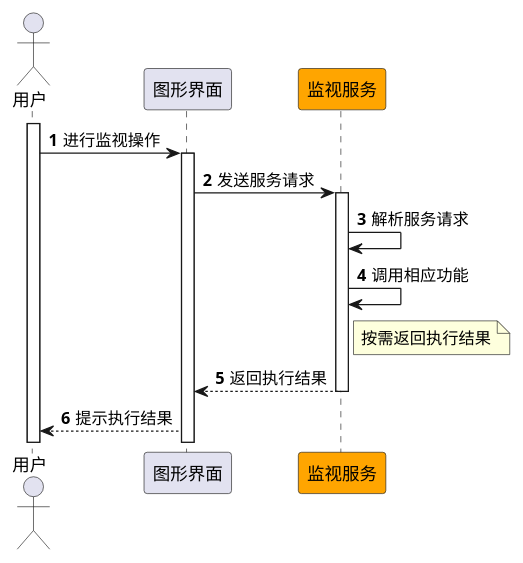
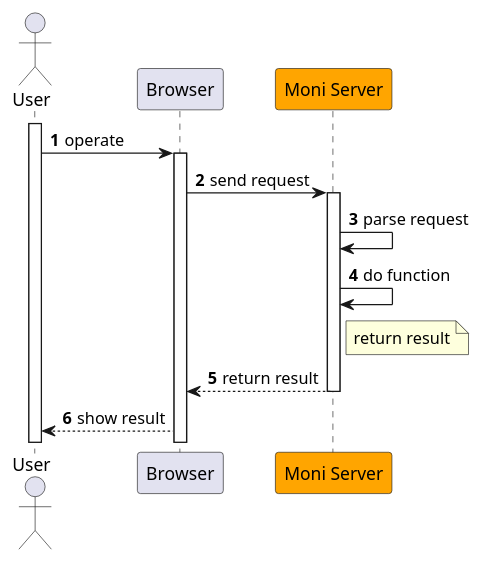
Before and after one commit to snake9906/writeside_doc: the diagram in Writerside/topics/moni-server.md, drawn with PlantUML. The commit also changed 1 other file, not shown here.

Commit message:
test again

````diff
--- a/Writerside/topics/moni-server.md
+++ b/Writerside/topics/moni-server.md
@@ -13,50 +13,50 @@
 ```plantuml
 
 @startuml
 
 
 autonumber
 
 
-actor "用户" as User
+actor "User" as User
 
-participant "图形界面" as Browser
+participant "Browser" as Browser
 
-participant "监视服务" as Server #orange
+participant "Moni Server" as Server #orange
 
 
 activate User
 
 
-User -> Browser: 进行监视操作
+User -> Browser: operate
 
 activate Browser
 
 
-Browser -> Server: 发送服务请求
+Browser -> Server: send request
 
 activate Server
 
 
-Server -> Server: 解析服务请求
+Server -> Server: parse request
 
 
-Server -> Server: 调用相应功能
+Server -> Server: do function
 
 
-note right of Server: 按需返回执行结果
+note right of Server: return result
 
 
-Server --> Browser: 返回执行结果
+Server --> Browser: return result
 
 deactivate Server
 
 
-Browser --> User: 提示执行结果
+Browser --> User: show result
 
 
 @enduml
 
 
 
 ```
````
